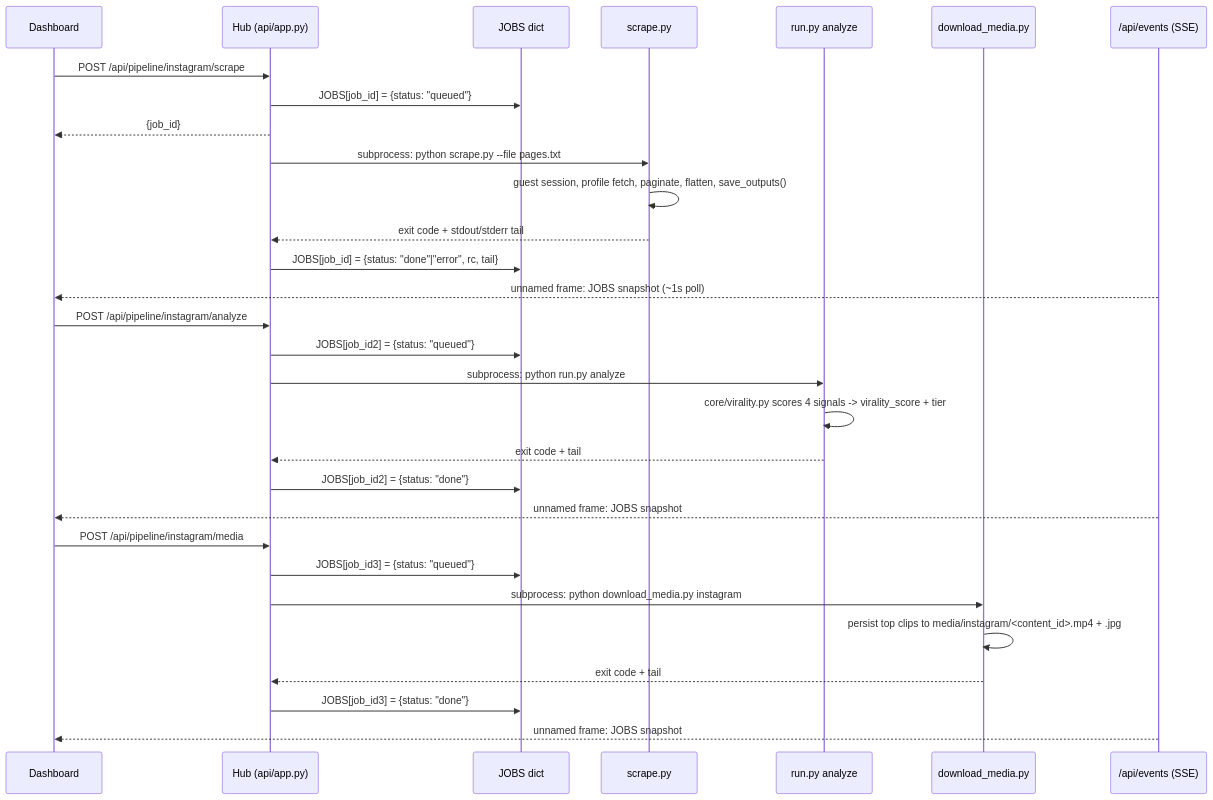
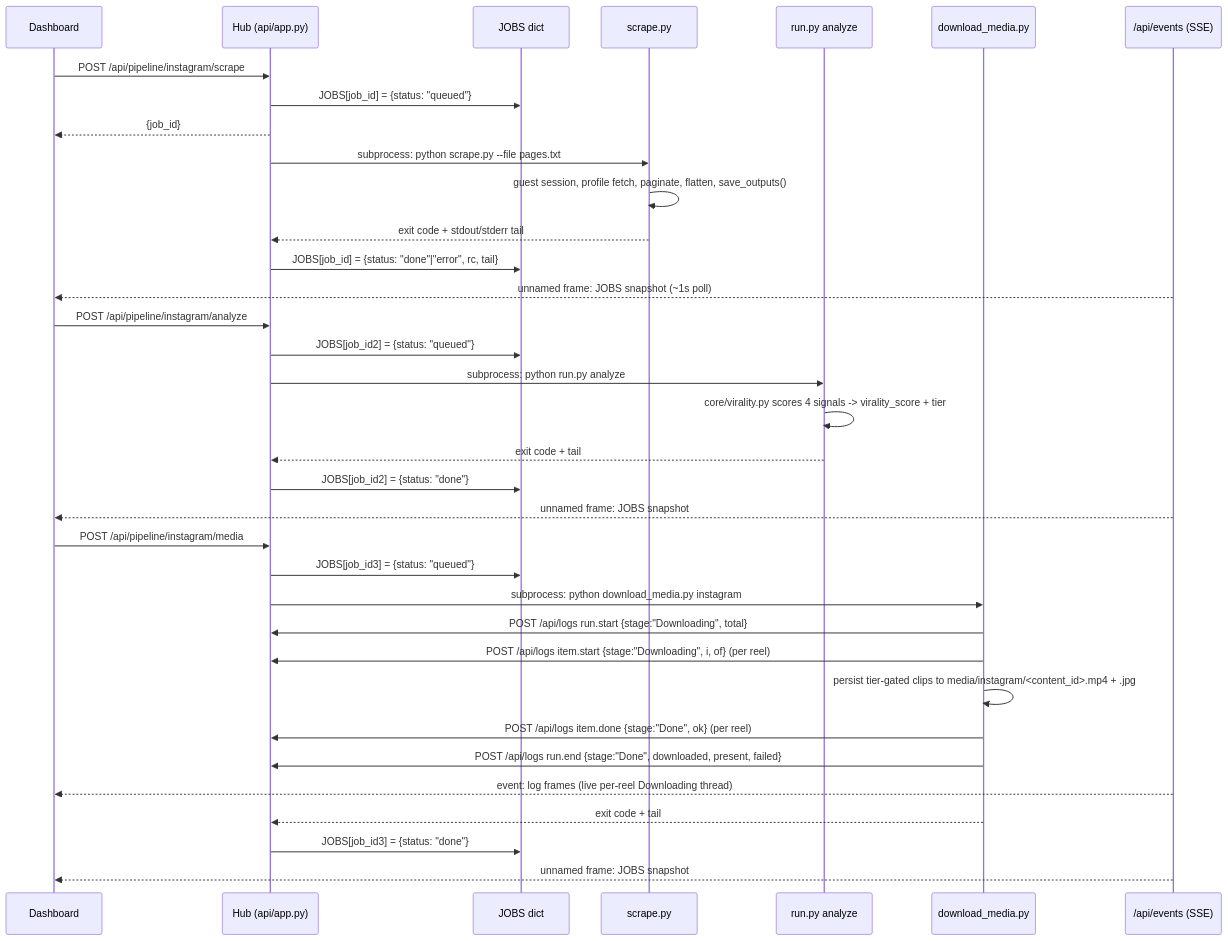
The diagram in documentation/docs/agents-reelscraper.md (VincitoreSi/TheCuttingRoom), drawn with Mermaid before and after one commit. The commit also changed other lines of this file and 10 other files, not shown here.

First line of the commit message:
docs: media tier gate, config consolidation, propose auto-heal, media lifecycle & discovery honesty

````diff
--- a/documentation/docs/agents-reelscraper.md
+++ b/documentation/docs/agents-reelscraper.md
@@ -69,35 +71,40 @@
 ```mermaid
 sequenceDiagram
     participant D as Dashboard
     participant H as Hub (api/app.py)
     participant J as JOBS dict
     participant S as scrape.py
     participant A as run.py analyze
     participant M as download_media.py
     participant SSE as /api/events (SSE)
 
     D->>H: POST /api/pipeline/instagram/scrape
     H->>J: JOBS[job_id] = {status: "queued"}
     H-->>D: {job_id}
     H->>S: subprocess: python scrape.py --file pages.txt
     S->>S: guest session, profile fetch, paginate, flatten, save_outputs()
     S-->>H: exit code + stdout/stderr tail
     H->>J: JOBS[job_id] = {status: "done"|"error", rc, tail}
     SSE-->>D: unnamed frame: JOBS snapshot (~1s poll)
 
     D->>H: POST /api/pipeline/instagram/analyze
     H->>J: JOBS[job_id2] = {status: "queued"}
     H->>A: subprocess: python run.py analyze
     A->>A: core/virality.py scores 4 signals -> virality_score + tier
     A-->>H: exit code + tail
     H->>J: JOBS[job_id2] = {status: "done"}
     SSE-->>D: unnamed frame: JOBS snapshot
 
     D->>H: POST /api/pipeline/instagram/media
     H->>J: JOBS[job_id3] = {status: "queued"}
     H->>M: subprocess: python download_media.py instagram
-    M->>M: persist top clips to media/instagram/<content_id>.mp4 + .jpg
+    M->>H: POST /api/logs run.start {stage:"Downloading", total}
+    M->>H: POST /api/logs item.start {stage:"Downloading", i, of} (per reel)
+    M->>M: persist tier-gated clips to media/instagram/<content_id>.mp4 + .jpg
+    M->>H: POST /api/logs item.done {stage:"Done", ok} (per reel)
+    M->>H: POST /api/logs run.end {stage:"Done", downloaded, present, failed}
+    SSE-->>D: event: log frames (live per-reel Downloading thread)
     M-->>H: exit code + tail
     H->>J: JOBS[job_id3] = {status: "done"}
     SSE-->>D: unnamed frame: JOBS snapshot
 ```
````
